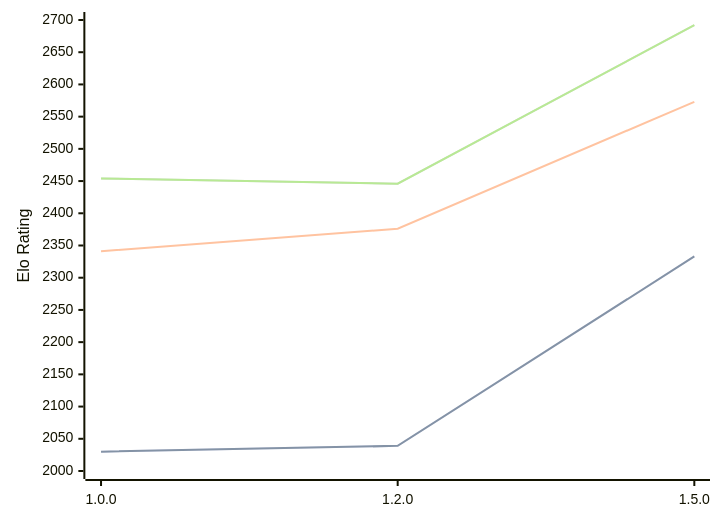
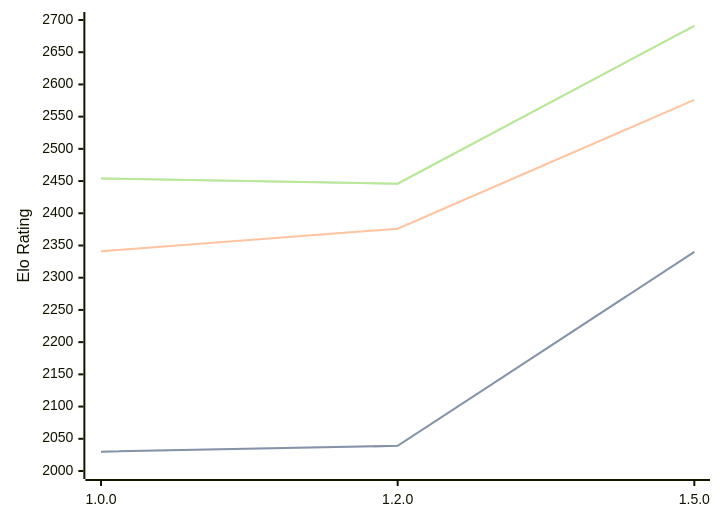
One commit to computer-chess-index/cci changed the first of 3 diagrams in engines/Basilisk.md. Above: the diagram before and after it, drawn with Mermaid. The commit also changed other lines of this file, not shown here.

Commit message:
Update CCI Ratings (ELO VLTC) - 2026-06-19

````diff
--- a/engines/Basilisk.md
+++ b/engines/Basilisk.md
@@ -48,11 +48,11 @@
 ```mermaid
 %%{init: {"theme":"base","themeVariables":{"seriesColors:['#a3a3a3','#222221','#faa371']}}}%%
 xychart-beta
   x-axis ["1.0.0", "1.2.0", "1.5.0"]
   y-axis "Elo Rating" 2000 --> 2700
-  line "STC (8.0+0.08s)" [2030, 2039, 2333]
-  line "STC (8.0+0.08s)" [2030, 2039, 2333]
-  line "LTC (60.0+0.60s)" [2341, 2376, 2573]
-  line "VLTC (2m24s+1.12s)" [2454, 2446, 2692]
-  line "VLTC (2m24s+1.12s)" [2454, 2446, 2692]
+  line "STC (8.0+0.08s)" [2030, 2039, 2340]
+  line "STC (8.0+0.08s)" [2030, 2039, 2340]
+  line "LTC (60.0+0.60s)" [2341, 2376, 2576]
+  line "VLTC (2m24s+1.12s)" [2454, 2446, 2691]
+  line "VLTC (2m24s+1.12s)" [2454, 2446, 2691]
 ```
````
